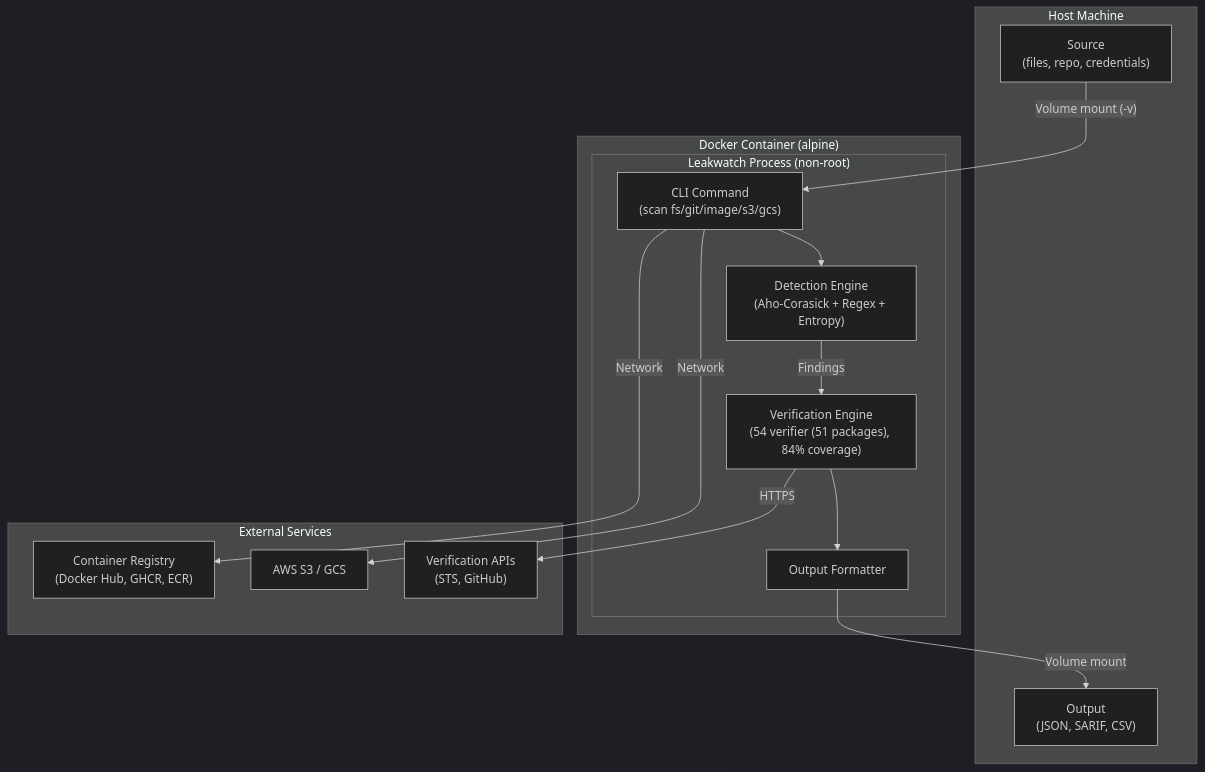
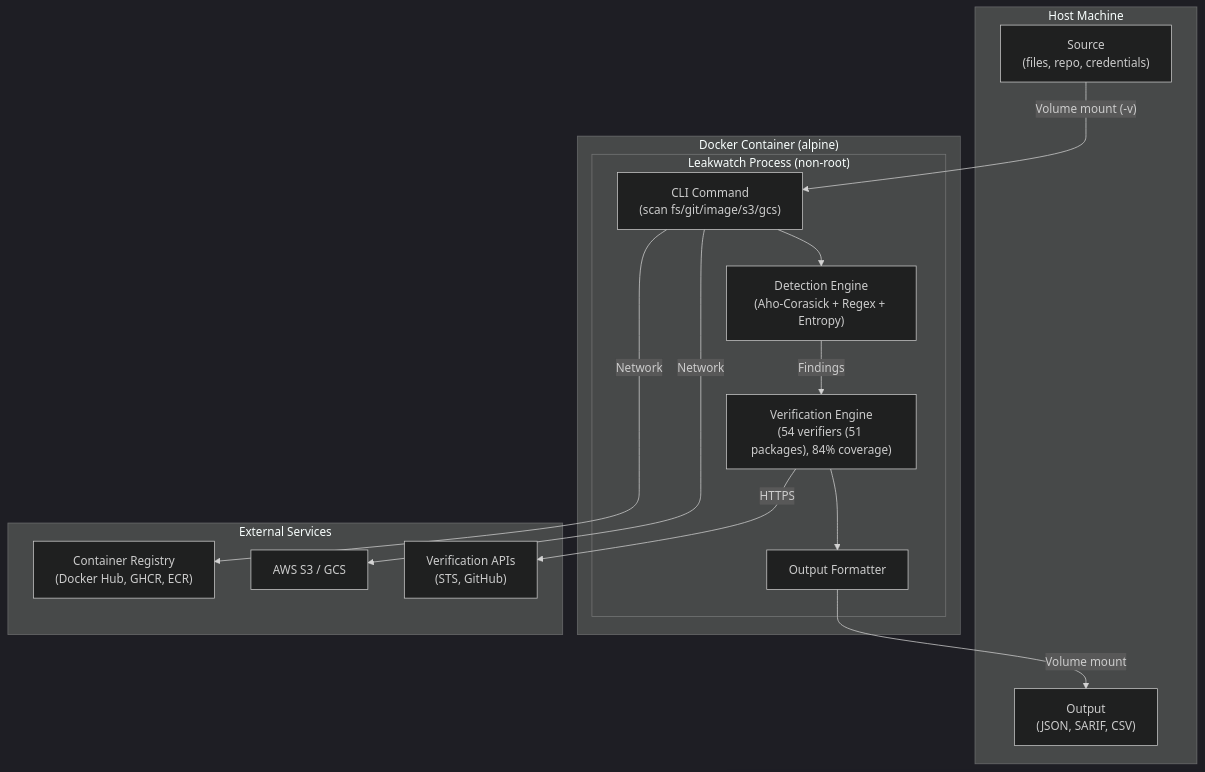
The second of 2 diagrams in docs/guides/docker-usage.md (HodeTech/Leakwatch), drawn with Mermaid (dark theme) before and after one commit. The commit also changed 10 other files, not shown here.

````diff
--- a/docs/guides/docker-usage.md
+++ b/docs/guides/docker-usage.md
@@ -470,31 +470,31 @@
 ```mermaid
 flowchart TD
     subgraph Host["Host Machine"]
         SRC["Source\n(files, repo, credentials)"]
         OUT["Output\n(JSON, SARIF, CSV)"]
     end
 
     subgraph Docker["Docker Container (alpine)"]
         subgraph LW["Leakwatch Process (non-root)"]
             CMD["CLI Command\n(scan fs/git/image/s3/gcs)"]
             ENG["Detection Engine\n(Aho-Corasick + Regex + Entropy)"]
-            VER["Verification Engine\n(54 verifier (51 packages), 84% coverage)"]
+            VER["Verification Engine\n(54 verifiers (51 packages), 84% coverage)"]
             FMT["Output Formatter"]
         end
     end
 
     subgraph External["External Services"]
         REG["Container Registry\n(Docker Hub, GHCR, ECR)"]
         S3["AWS S3 / GCS"]
         VAPI["Verification APIs\n(STS, GitHub)"]
     end
 
     SRC -->|"Volume mount (-v)"| CMD
     CMD --> ENG
     ENG -->|Findings| VER
     VER -->|"HTTPS"| VAPI
     VER --> FMT
     FMT -->|"Volume mount"| OUT
     CMD -->|"Network"| REG
     CMD -->|"Network"| S3
 ```
````
